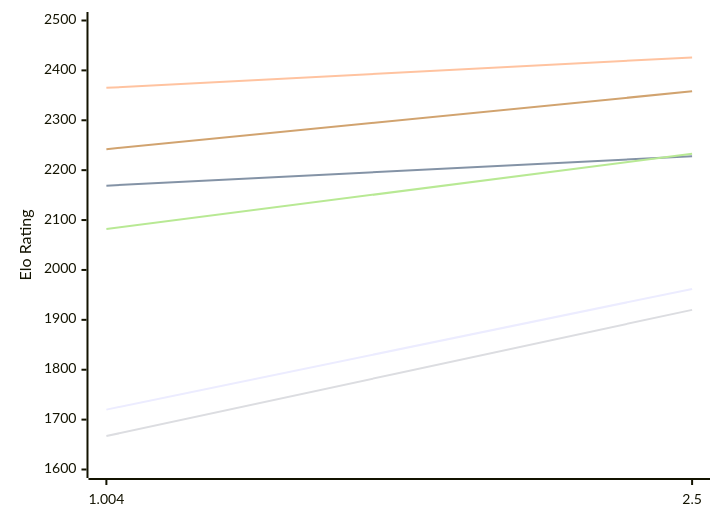
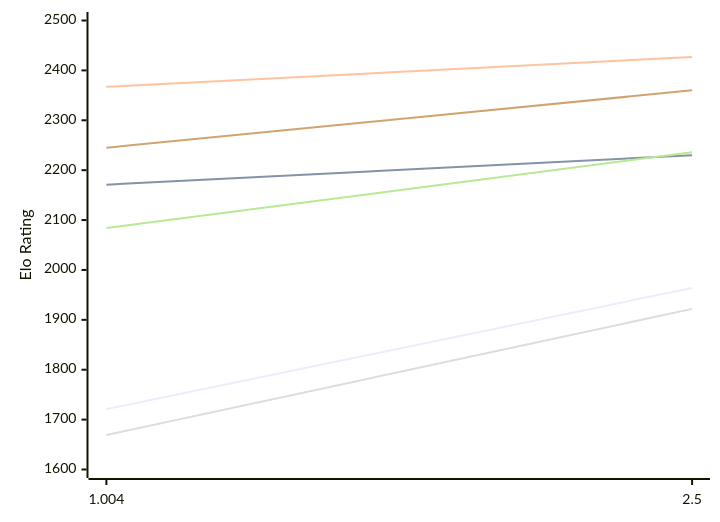
The first of 2 diagrams in engines/Ares.md (computer-chess-index/cci), drawn with Mermaid before and after one commit. The commit also changed other lines of this file, not shown here.

Commit message:
Update CCI Ratings (ELO VLTC) - 2026-11-24

````diff
--- a/engines/Ares.md
+++ b/engines/Ares.md
@@ -50,12 +50,12 @@
 ```mermaid
 %%{init: {"theme":"base","themeVariables":{"seriesColors:['#a3a3a3','#222221','#faa371']}}}%%
 xychart-beta
   x-axis ["1.004", "2.5"]
   y-axis "Elo Rating" 1600 --> 2500
-  line "E1: STC (8.0+0.08s)" [1720, 1962]
-  line "E1: LTC (60.0+0.60s)" [2169, 2228]
-  line "E1: VLTC (2m24s+1.12s)" [2365, 2426]
-  line "P1: STC (8.0+0.08s)" [1667, 1920]
-  line "P1: LTC (60.0+0.60s)" [2082, 2233]
-  line "P1: VLTC (2m24s+1.12s)" [2242, 2358]
+  line "E1: STC (8.0+0.08s)" [1721, 1964]
+  line "E1: LTC (60.0+0.60s)" [2171, 2230]
+  line "E1: VLTC (2m24s+1.12s)" [2367, 2427]
+  line "P1: STC (8.0+0.08s)" [1669, 1922]
+  line "P1: LTC (60.0+0.60s)" [2084, 2236]
+  line "P1: VLTC (2m24s+1.12s)" [2245, 2360]
 ```
````
